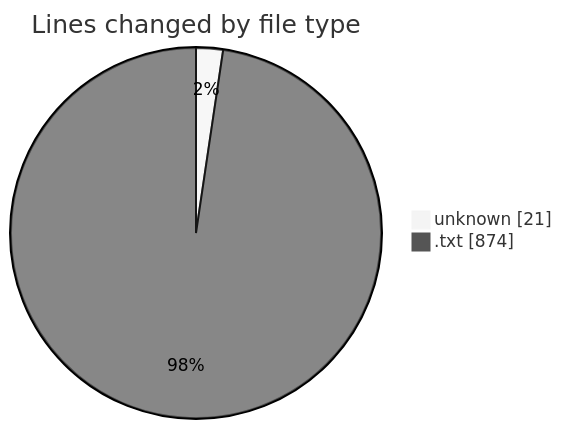
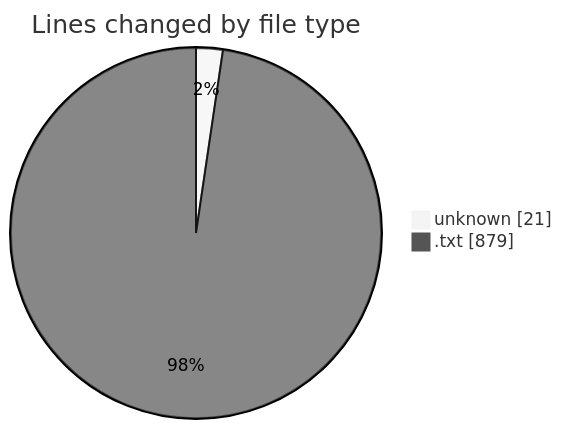
One commit to EIIisD/code-tracking changed the first of 2 diagrams in 2025-07-25/cutler/README.md. Above: the diagram before and after it, drawn with Mermaid (neutral theme). The commit also changed other lines of this file and 1 other file, not shown here.

````diff
--- a/2025-07-25/cutler/README.md
+++ b/2025-07-25/cutler/README.md
@@ -30,6 +30,6 @@
 ```mermaid
 pie showData
 title Lines changed by file type
 "unknown" : 21
-".txt" : 874
+".txt" : 879
 ```
````
